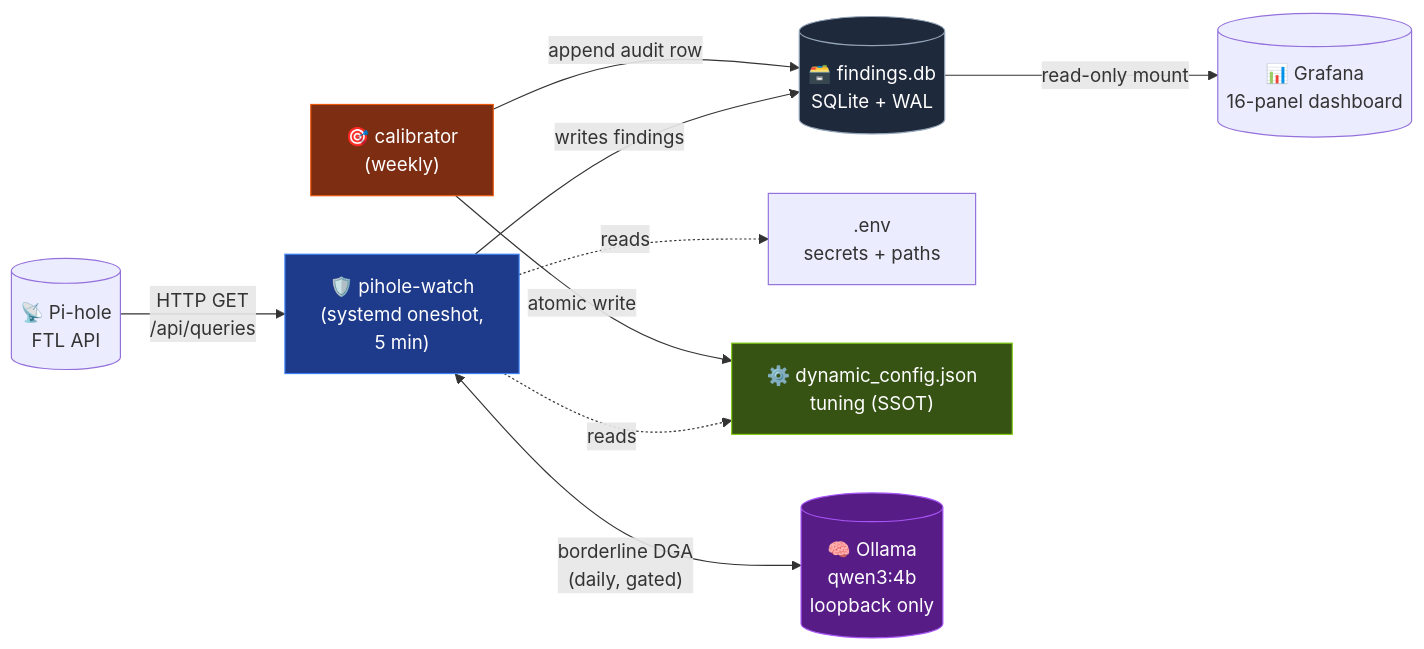
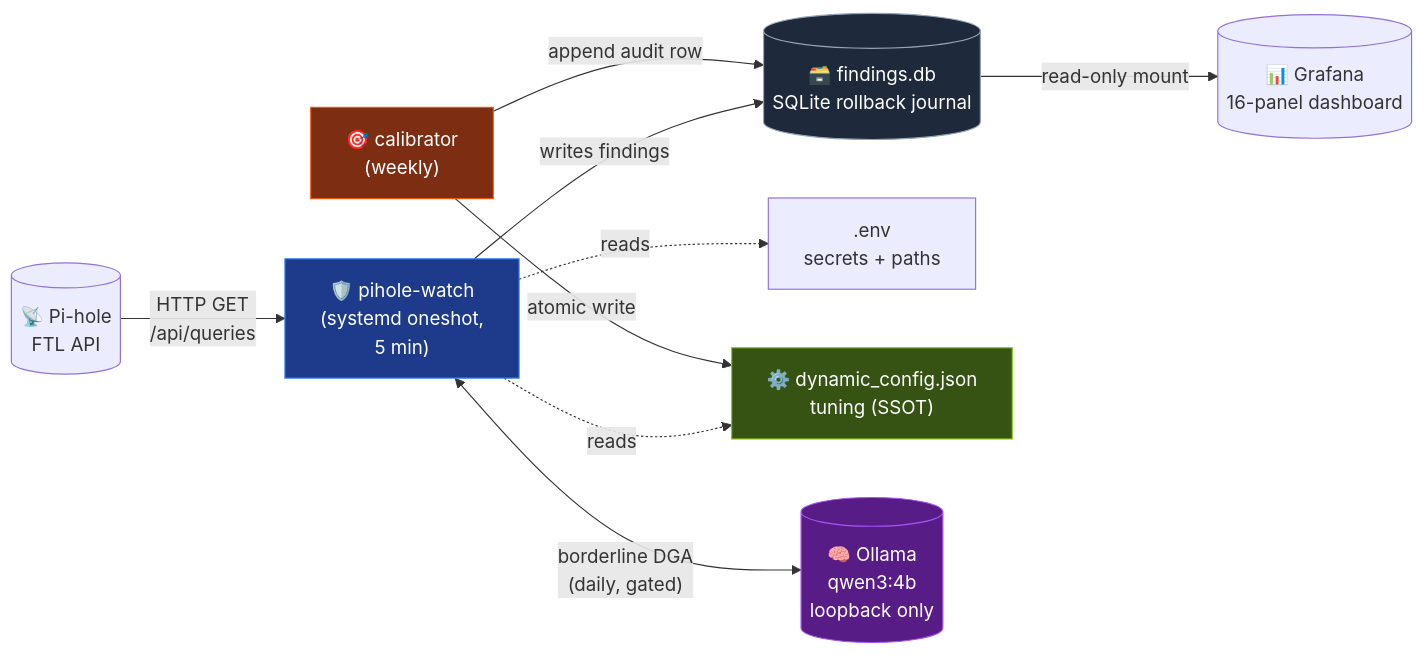
One commit to strommy76/pihole-watch changed the first of 4 diagrams in README.md. Above: the diagram before and after it, drawn with Mermaid. The commit also changed other lines of this file and 3 other files, not shown here.

````diff
--- a/README.md
+++ b/README.md
@@ -58,16 +58,16 @@
 ```mermaid
 flowchart LR
     PH[("📡 Pi-hole<br/>FTL API")] -->|"HTTP GET<br/>/api/queries"| PW
-    PW["🛡️ pihole-watch<br/>(systemd oneshot,<br/>5 min)"] -->|writes findings| DB[("🗃️ findings.db<br/>SQLite + WAL")]
+    PW["🛡️ pihole-watch<br/>(systemd oneshot,<br/>5 min)"] -->|writes findings| DB[("🗃️ findings.db<br/>SQLite rollback journal")]
     PW -.reads.-> ENV[".env<br/>secrets + paths"]
     PW -.reads.-> CFG["⚙️ dynamic_config.json<br/>tuning (SSOT)"]
     PW <-->|"borderline DGA<br/>(daily, gated)"| OL[("🧠 Ollama<br/>qwen3:4b<br/>loopback only")]
     CAL["🎯 calibrator<br/>(weekly)"] -->|atomic write| CFG
     CAL -->|append audit row| DB
     DB -->|read-only mount| GR[("📊 Grafana<br/>16-panel dashboard")]
     style PW fill:#1e3a8a,stroke:#3b82f6,color:#fff
     style CAL fill:#7c2d12,stroke:#ea580c,color:#fff
     style CFG fill:#365314,stroke:#84cc16,color:#fff
     style DB fill:#1e293b,stroke:#94a3b8,color:#fff
     style OL fill:#581c87,stroke:#a855f7,color:#fff
 ```
````
